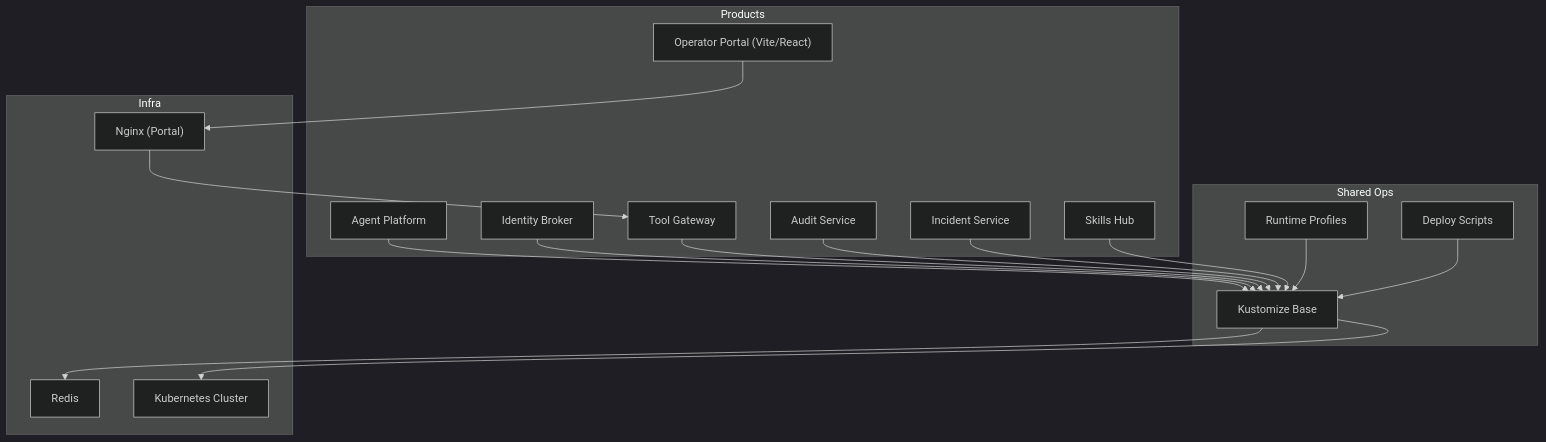
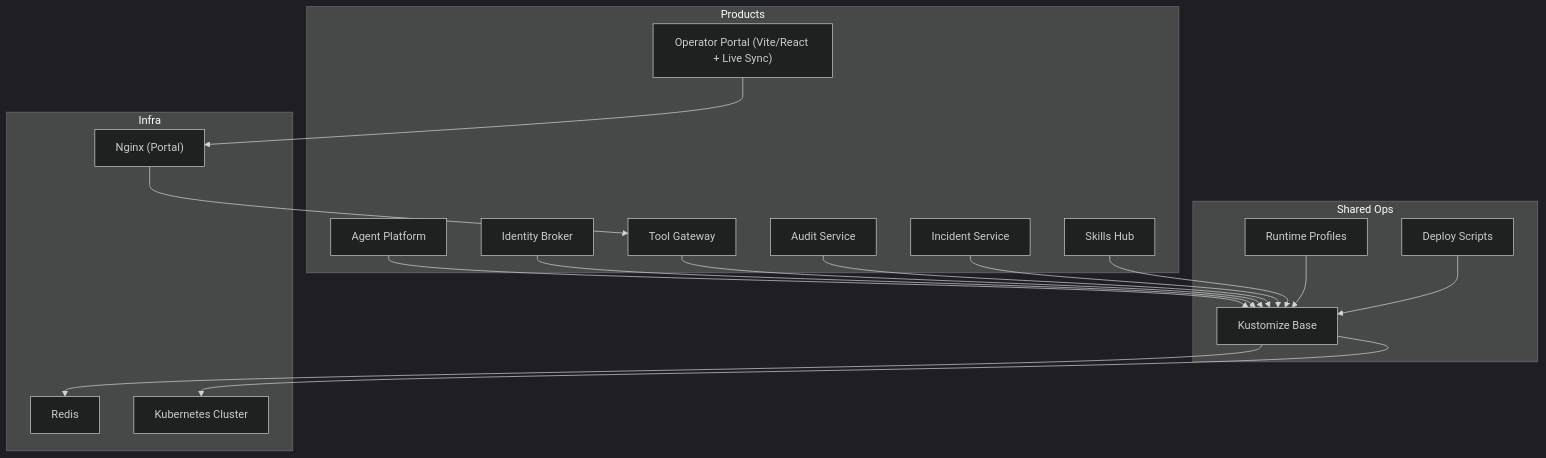
One commit to metasync/luban-aiops changed the first of 2 diagrams in .qoder/repowiki/en/content/Getting Started.md. Above: the diagram before and after it, drawn with Mermaid (dark theme). The commit also changed other lines of this file and 18 other files, not shown here.

````diff
--- a/.qoder/repowiki/en/content/Getting Started.md
+++ b/.qoder/repowiki/en/content/Getting Started.md
@@ -115,34 +116,34 @@
 ```mermaid
 graph TB
 subgraph "Products"
 AP["Agent Platform"]
 IB["Identity Broker"]
 TG["Tool Gateway"]
-OP["Operator Portal (Vite/React)"]
+OP["Operator Portal (Vite/React + Live Sync)"]
 AS["Audit Service"]
 IS["Incident Service"]
 SH["Skills Hub"]
 end
 subgraph "Shared Ops"
 KO["Kustomize Base"]
 RP["Runtime Profiles"]
 DS["Deploy Scripts"]
 end
 subgraph "Infra"
 RDS["Redis"]
 K8S["Kubernetes Cluster"]
 NGINX["Nginx (Portal)"]
 end
 AP --> KO
 IB --> KO
 TG --> KO
 OP --> NGINX
 AS --> KO
 IS --> KO
 SH --> KO
 KO --> RDS
 KO --> K8S
 RP --> KO
 DS --> KO
 NGINX --> TG
 ```
````
